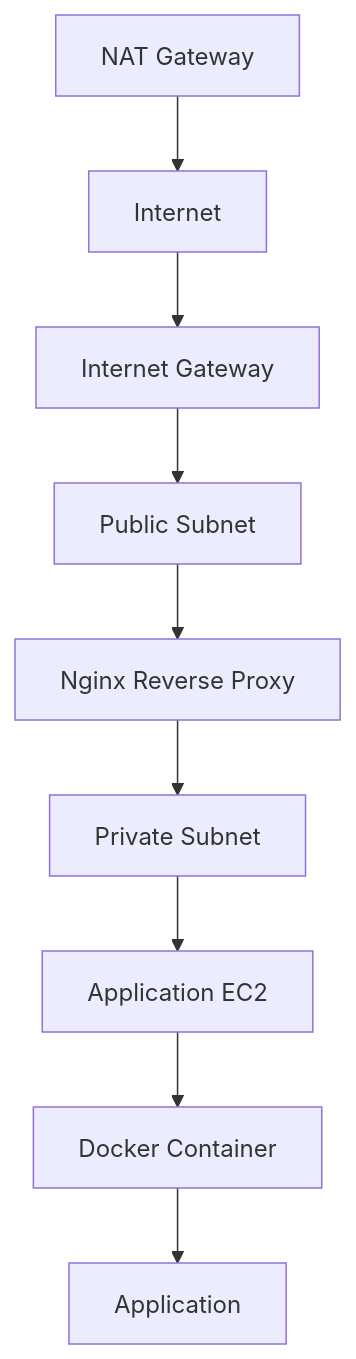
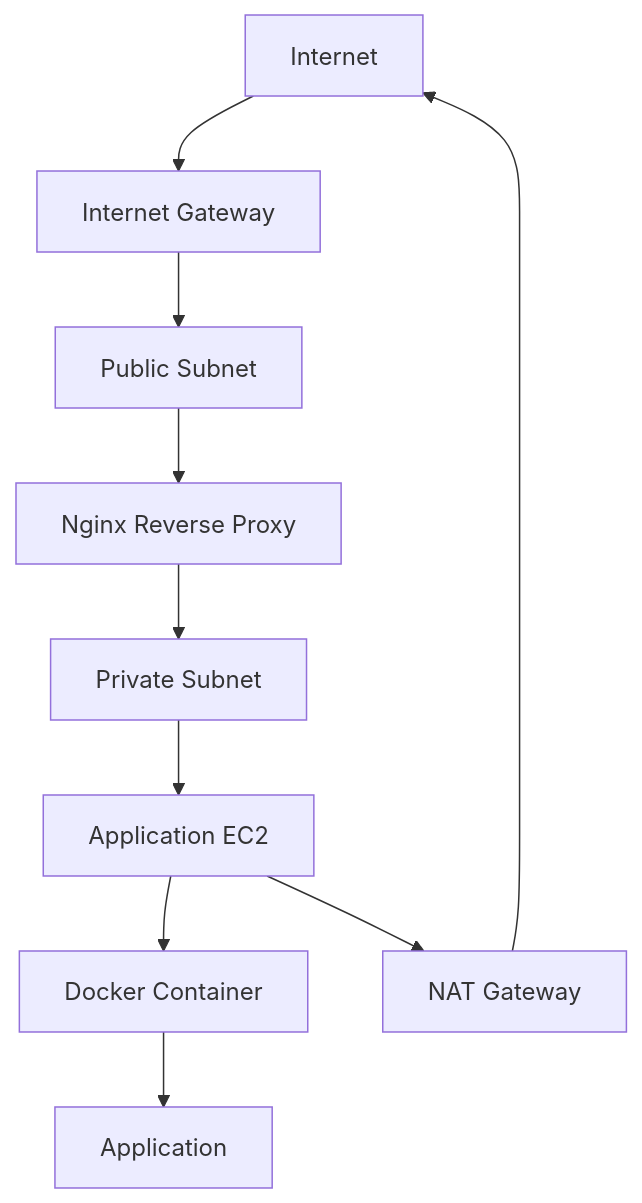
One commit to Billy-lex/production-cloud-infrastructure-platform changed the second of 3 diagrams in README.md. Above: the diagram before and after it, drawn with Mermaid.

Commit message:
docs: update architecture

````diff
--- a/README.md
+++ b/README.md
@@ -80,38 +80,40 @@
 ```mermaid
 graph TD
 
 Internet[Internet]
 
 IGW[Internet Gateway]
 
 Public[Public Subnet]
 
 Nginx[Nginx Reverse Proxy]
 
 NAT[NAT Gateway]
 
 Private[Private Subnet]
 
 EC2[Application EC2]
 
 Docker[Docker Container]
 
 App[Application]
 
 Internet --> IGW
 
 IGW --> Public
 
 Public --> Nginx
 
 Nginx --> Private
 
 Private --> EC2
 
 EC2 --> Docker
 
 Docker --> App
 
+EC2 --> NAT
+
 NAT --> Internet
 
 ```
````
